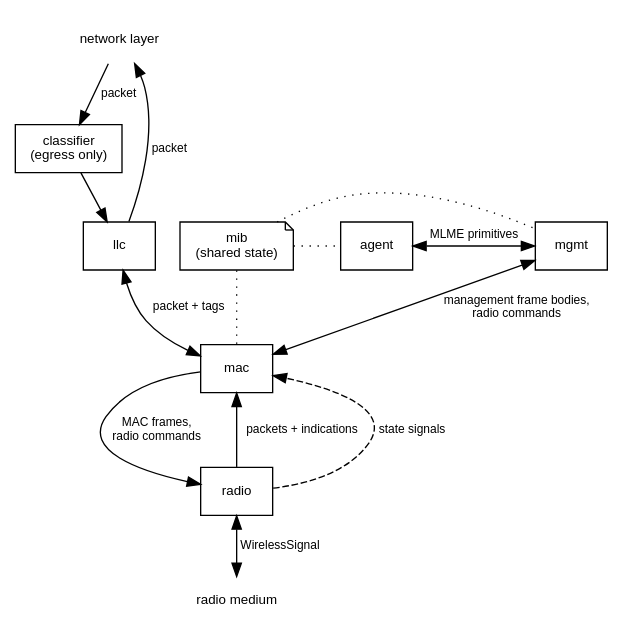
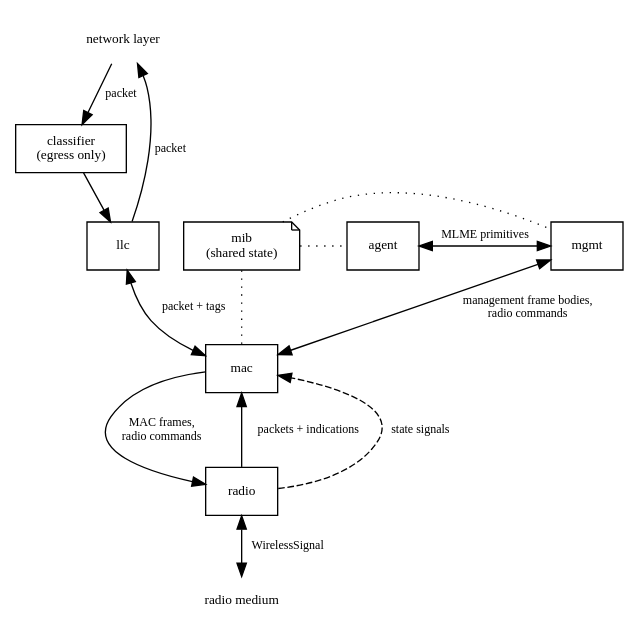
The diagram in doc/src/developers-guide/figures/ieee80211_interface.dot (inet-framework/inet), drawn with Graphviz before and after one commit. The commit also changed 7 other files, not shown here.

```diff
--- a/doc/src/developers-guide/figures/ieee80211_interface.dot
+++ b/doc/src/developers-guide/figures/ieee80211_interface.dot
@@ -1,30 +1,30 @@
 digraph g {
   fontsize=10; rankdir="TB"
-  node [shape=box, fontsize=10, fontname="Helvetica"]
-  edge [fontsize=9, fontname="Helvetica"]
+  node [shape=box, fontsize=10]
+  edge [fontsize=9]
 
   upper [label="network layer", shape=plaintext]
   classifier [label="classifier\n(egress only)"]
   llc [label="llc"]
   agent [label="agent"]
   mgmt [label="mgmt"]
   mib [label="mib\n(shared state)", shape=note]
   mac [label="mac"]
   radio [label="radio"]
   medium [label="radio medium", shape=plaintext]
 
   upper -> classifier [label="packet"]
   classifier -> llc
   llc -> mac [label="packet + tags", dir=both]
   llc -> upper [label="packet"]
   agent -> mgmt [label="MLME primitives", dir=both]
   mgmt -> mac [label="management frame bodies,\nradio commands", dir=both]
   mac -> radio [label="MAC frames,\nradio commands"]
   radio -> mac [label="packets + indications"]
   radio -> mac [label="state signals", style=dashed]
   radio -> medium [label="WirelessSignal", dir=both]
   mib -> mac [style=dotted, arrowhead=none]
   mib -> mgmt [style=dotted, arrowhead=none]
   mib -> agent [style=dotted, arrowhead=none]
   { rank=same; agent; mgmt; mib }
 }
```
